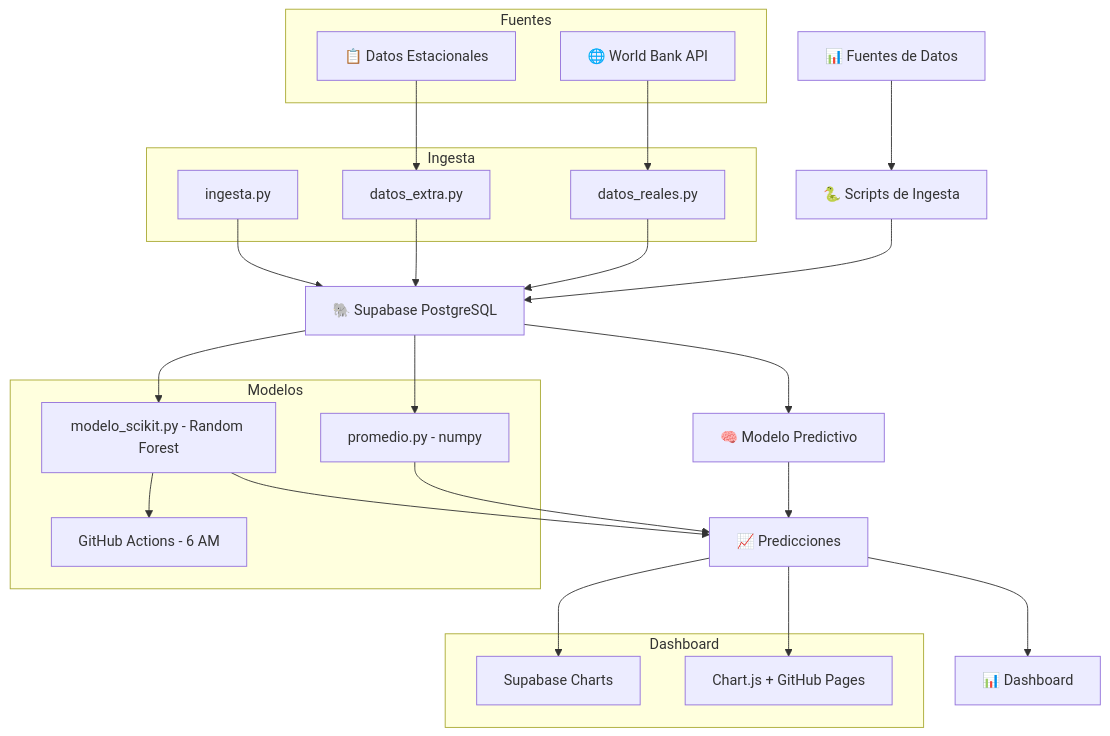
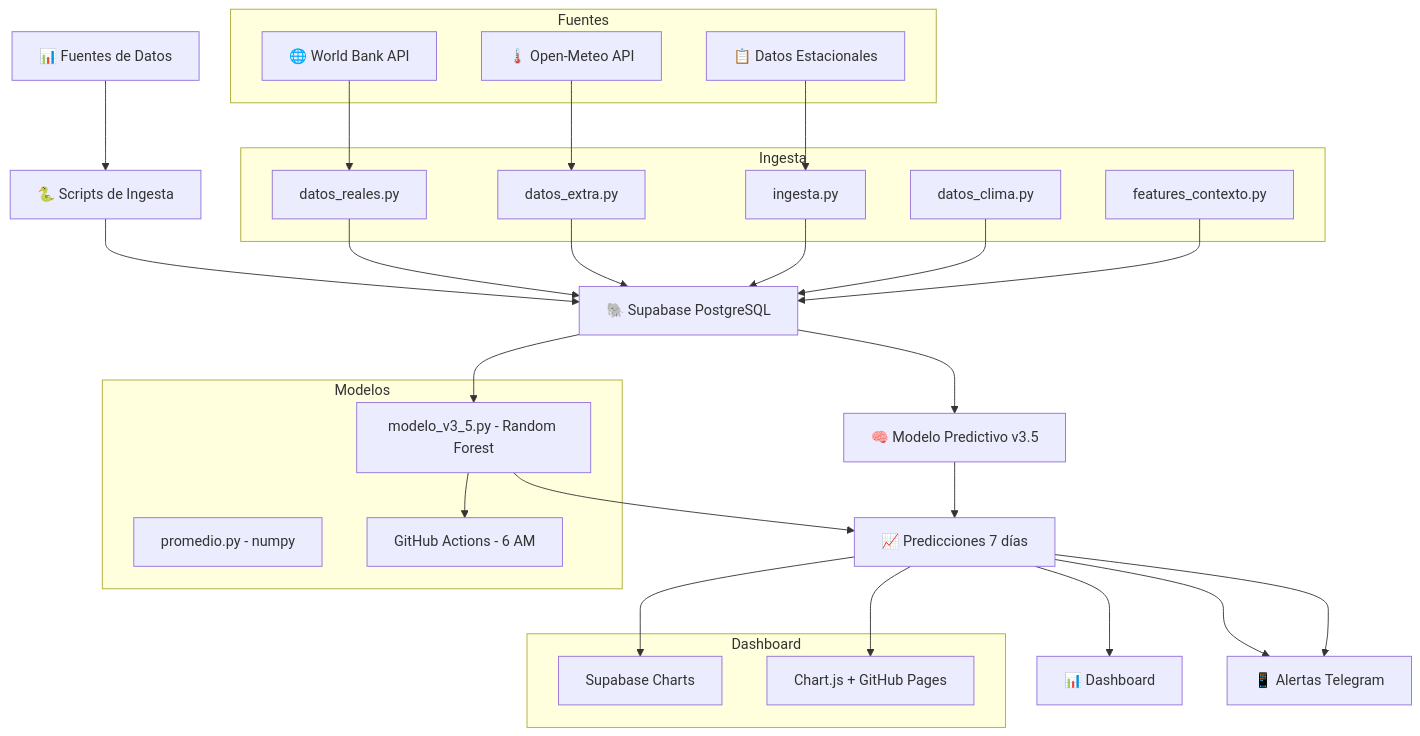
The first of 2 diagrams in README.md (hectory2k/vigisalud), drawn with Mermaid before and after one commit. The commit also changed other lines of this file, not shown here.

Commit message:
README v3.5 con métricas y tabla de predicciones

````diff
--- a/README.md
+++ b/README.md
@@ -46,43 +82,49 @@
 ```mermaid
 flowchart TD
     A[📊 Fuentes de Datos] --> B[🐍 Scripts de Ingesta]
     B --> C[🐘 Supabase PostgreSQL]
-    C --> D[🧠 Modelo Predictivo]
-    D --> E[📈 Predicciones]
+    C --> D[🧠 Modelo Predictivo v3.5]
+    D --> E[📈 Predicciones 7 días]
     E --> F[📊 Dashboard]
+    E --> G[📱 Alertas Telegram]
     
     subgraph Fuentes
         A1[🌐 World Bank API]
-        A2[📋 Datos Estacionales]
+        A2[🌡️ Open-Meteo API]
+        A3[📋 Datos Estacionales]
     end
     
     subgraph Ingesta
         B1[datos_reales.py]
         B2[datos_extra.py]
         B3[ingesta.py]
+        B4[datos_clima.py]
+        B5[features_contexto.py]
     end
     
     subgraph Modelos
         D1[promedio.py - numpy]
-        D2[modelo_scikit.py - Random Forest]
+        D2[modelo_v3_5.py - Random Forest]
         D3[GitHub Actions - 6 AM]
     end
     
     subgraph Dashboard
         F1[Supabase Charts]
         F2[Chart.js + GitHub Pages]
     end
     
     A1 --> B1
     A2 --> B2
+    A3 --> B3
     B1 --> C
     B2 --> C
     B3 --> C
-    C --> D1
-    C -->D2
+    B4 --> C
+    B5 --> C
+    C --> D2
     D2 --> D3
-    D1 --> E
     D2 --> E
     E --> F1
     E --> F2
+    E --> G
 ```
````
